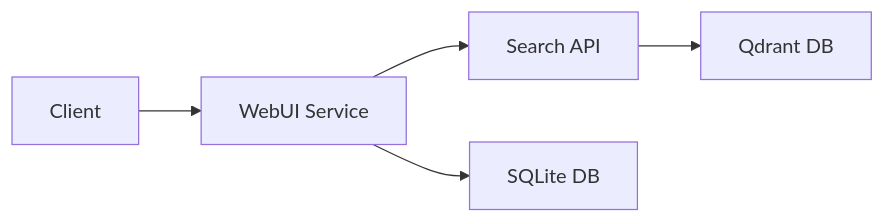
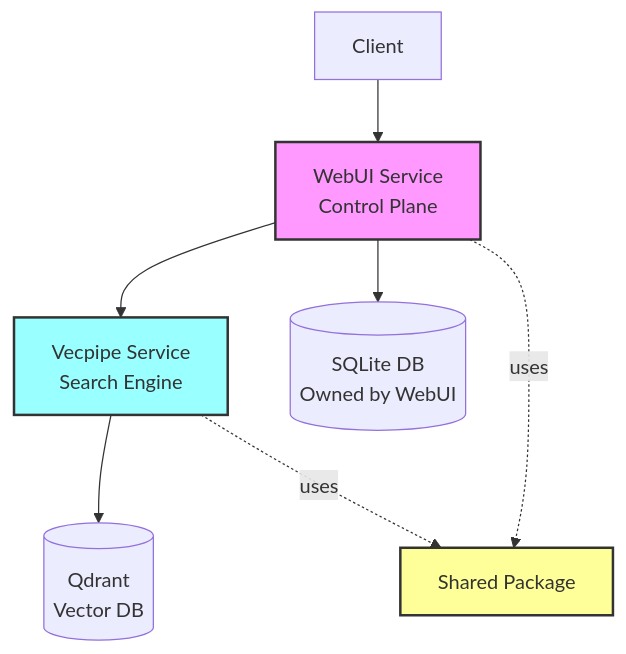
The diagram in docs/API_ARCHITECTURE.md (jbmiller10/semantik), drawn with Mermaid before and after one commit. The commit also changed other lines of this file and 12 other files, not shown here.

````diff
--- a/docs/API_ARCHITECTURE.md
+++ b/docs/API_ARCHITECTURE.md
@@ -1010,7 +1021,14 @@
 ```mermaid
-graph LR
-    Client[Client] --> WebUI[WebUI Service]
-    WebUI --> SearchAPI[Search API]
-    SearchAPI --> Qdrant[Qdrant DB]
-    WebUI --> SQLite[SQLite DB]
+graph TD
+    Client[Client] --> WebUI[WebUI Service<br/>Control Plane]
+    WebUI --> Vecpipe[Vecpipe Service<br/>Search Engine]
+    WebUI --> SQLite[(SQLite DB<br/>Owned by WebUI)]
+    Vecpipe --> Qdrant[(Qdrant<br/>Vector DB)]
+    
+    WebUI -.->|uses| Shared[Shared Package]
+    Vecpipe -.->|uses| Shared
+    
+    style WebUI fill:#f9f,stroke:#333,stroke-width:2px
+    style Vecpipe fill:#9ff,stroke:#333,stroke-width:2px
+    style Shared fill:#ff9,stroke:#333,stroke-width:2px
 ```
````
